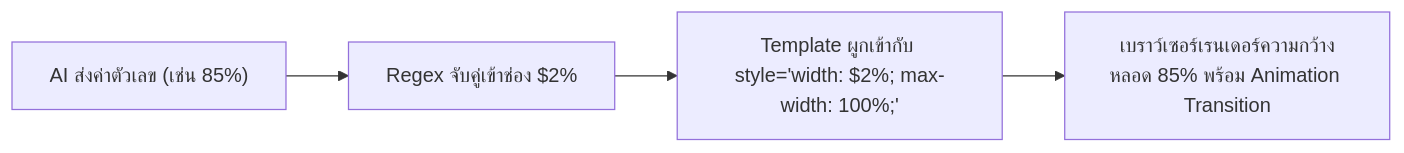
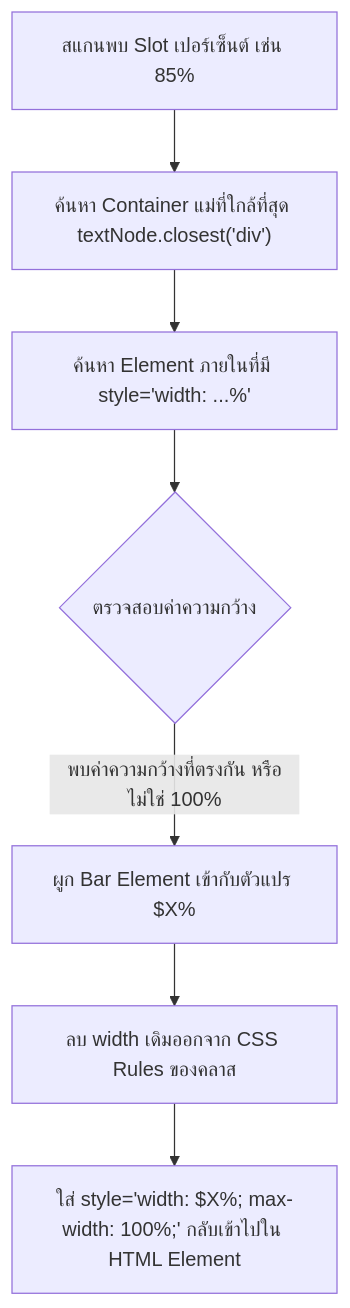
Before and after one commit to jadesolju/Snippet-Studio: the third of 7 diagrams in RUBII_CODE_STUDY_AND_ARCHITECTURE_RESEARCH.md, drawn with Mermaid. The commit also changed other lines of this file, not shown here.

Commit message:
docs: master internal engineering study guide and architecture manual

````diff
--- a/RUBII_CODE_STUDY_AND_ARCHITECTURE_RESEARCH.md
+++ b/RUBII_CODE_STUDY_AND_ARCHITECTURE_RESEARCH.md
@@ -182,6 +144,9 @@
 ```mermaid
-graph LR
-    A["AI ส่งค่าตัวเลข (เช่น 85%)"] --> B["Regex จับคู่เข้าช่อง $2%"]
-    B --> C["Template ผูกเข้ากับ style='width: $2%; max-width: 100%;'"]
-    C --> D["เบราว์เซอร์เรนเดอร์ความกว้างหลอด 85% พร้อม Animation Transition"]
+flowchart TD
+    A["สแกนพบ Slot เปอร์เซ็นต์ เช่น 85%"] --> B["ค้นหา Container แม่ที่ใกล้ที่สุด textNode.closest('div')"]
+    B --> C["ค้นหา Element ภายในที่มี style='width: ...%'"]
+    C --> D{"ตรวจสอบค่าความกว้าง"}
+    D -->|"พบค่าความกว้างที่ตรงกัน หรือไม่ใช่ 100%"| E["ผูก Bar Element เข้ากับตัวแปร $X%"]
+    E --> F["ลบ width เดิมออกจาก CSS Rules ของคลาส"]
+    F --> G["ใส่ style='width: $X%; max-width: 100%;' กลับเข้าไปใน HTML Element"]
 ```
````
